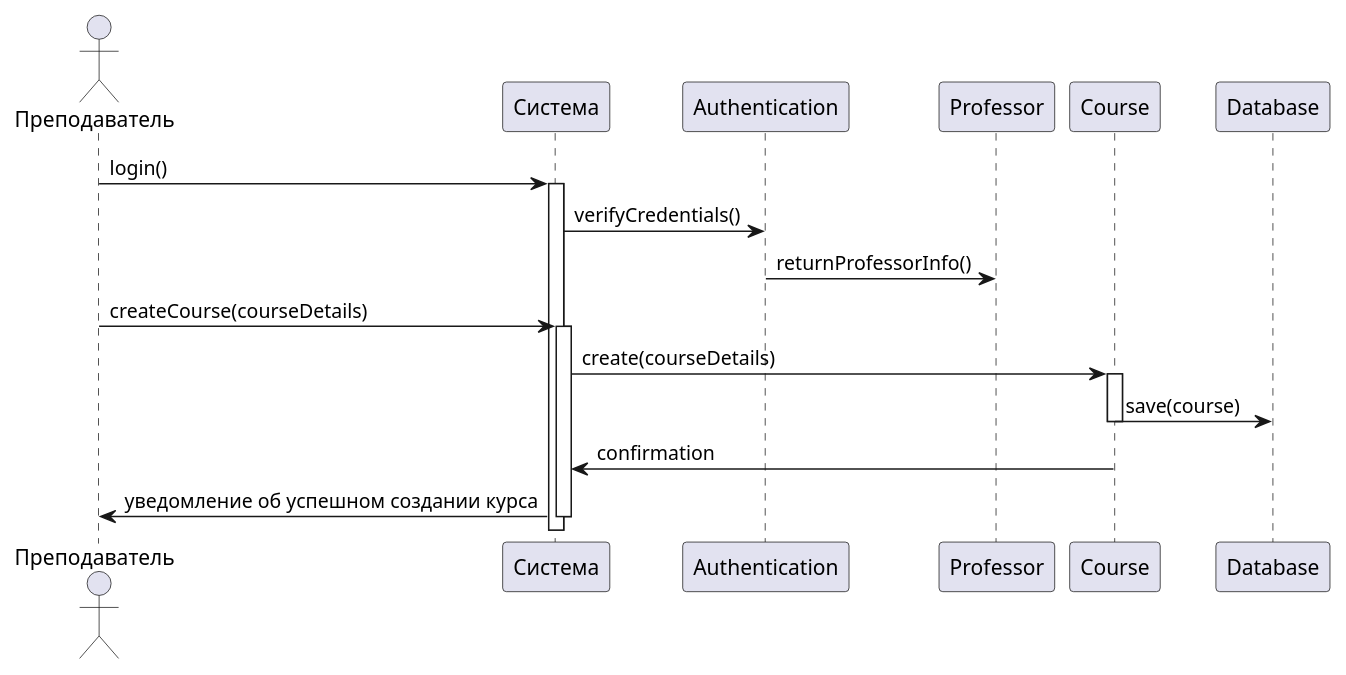
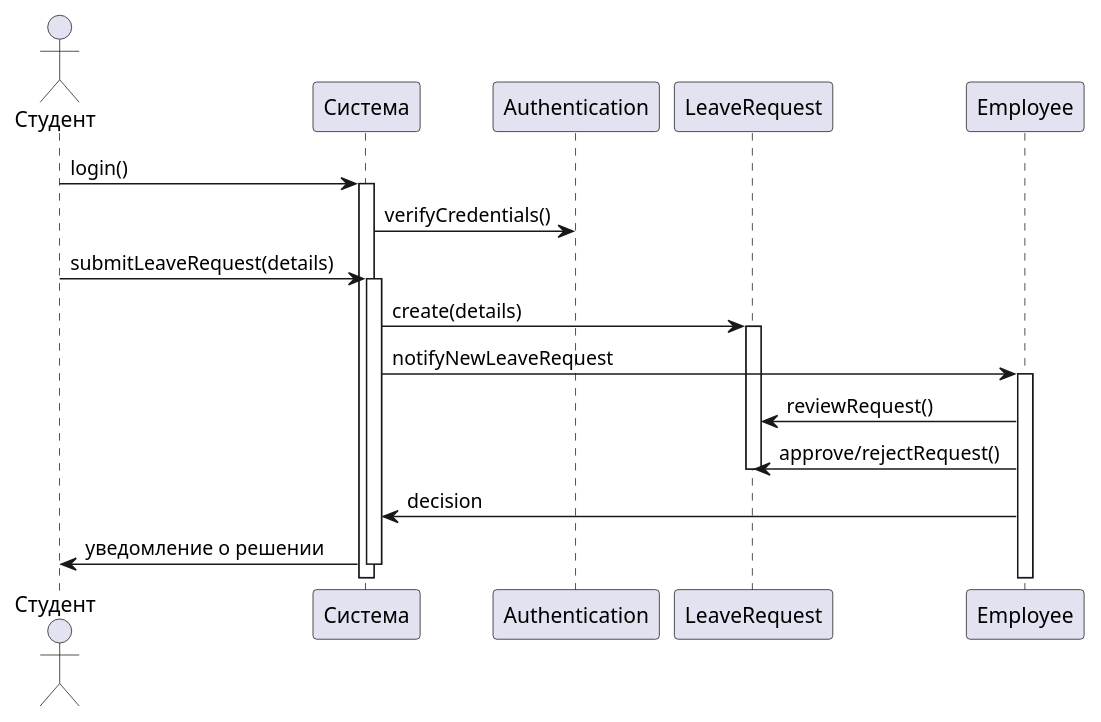
The diagram in Прецеденты/Управление академическими отпусками студентов через систему деканата/Диаграмма последовательности.md (penamarth/bsbo-02-22_team4_var4), drawn with PlantUML before and after one commit.

Commit message:
Update Диаграмма последовательности.md

````diff
--- a/Прецеденты/Управление академическими отпусками студентов через систему деканата/Диаграмма последовательности.md
+++ b/Прецеденты/Управление академическими отпусками студентов через систему деканата/Диаграмма последовательности.md
@@ -1,24 +1,27 @@
 ```plantuml
 @startuml
 
-actor Преподаватель
+actor Студент
 
-Преподаватель -> Система : login()
+Студент -> Система : login()
 activate Система
 Система -> Authentication : verifyCredentials()
-Authentication -> Professor : returnProfessorInfo()
 deactivate Authentication
 
-Преподаватель -> Система : createCourse(courseDetails)
+Студент -> Система : submitLeaveRequest(details)
 activate Система
-Система -> Course : create(courseDetails)
-activate Course
-Course -> Database : save(course)
-deactivate Course
+Система -> LeaveRequest : create(details)
+activate LeaveRequest
 
-Система <- Course : confirmation
-Преподаватель <- Система : уведомление об успешном создании курса
+Система -> Employee : notifyNewLeaveRequest
+activate Employee
+Employee -> LeaveRequest : reviewRequest()
+Employee -> LeaveRequest : approve/rejectRequest()
+deactivate LeaveRequest
+
+Система <- Employee : decision
+Студент <- Система : уведомление о решении
 deactivate Система
 
 @enduml
 ```
````
